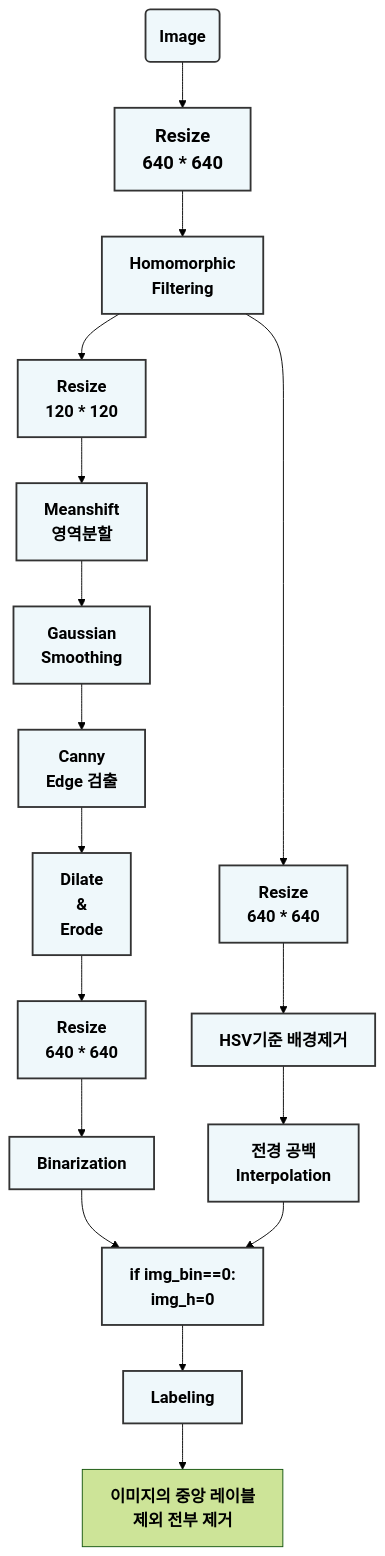
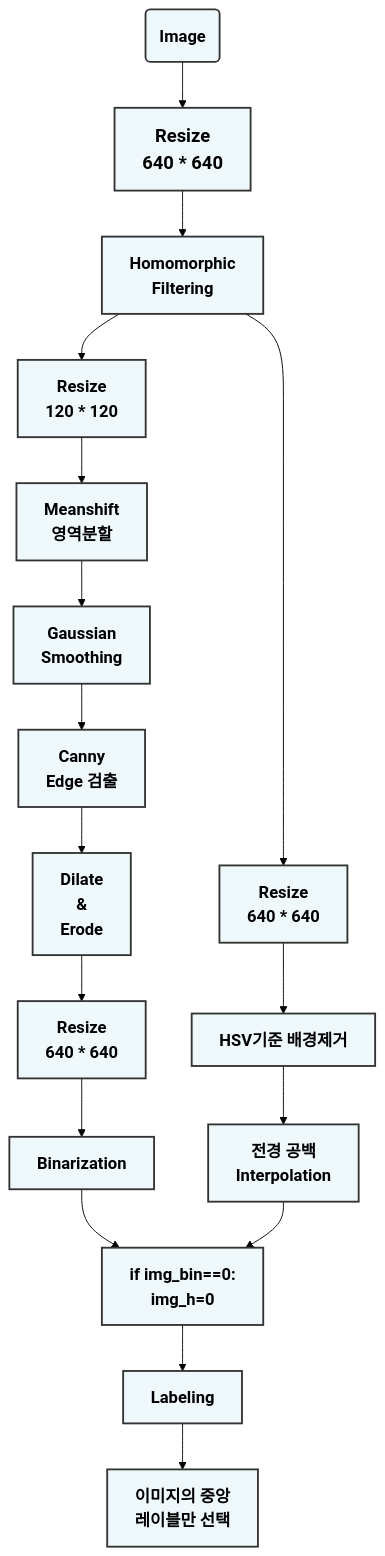
Before and after one commit to 201710808/-p: the second of 2 diagrams in Readme.md, drawn with Mermaid (forest theme).

````diff
--- a/Readme.md
+++ b/Readme.md
@@ -13,40 +13,41 @@
 ```mermaid
 graph
 A(<b><span style='font-size:18px'>Image</span></b>)-->B[<b><span style='font-size:20px'>Resize<br>640 * 640</span></b>]
 B-->C[<b><span style='font-size:18px'>Homomorphic<br>Filtering</span></b>]
 C-->D1[<b><span style='font-size:18px'>Resize<br>120 * 120</span></b>]
 D1-->E1[<b><span style='font-size:18px'>Meanshift<br>영역분할</span></b>]
 E1-->F1[<b><span style='font-size:18px'>Gaussian<br>Smoothing</span></b>]
 F1-->G[<b><span style='font-size:18px'>Canny<br>Edge 검출</span></b>]
 G-->H[<b><span style='font-size:18px'>Dilate<br>&<br>Erode</span></b>]
 H-->I[<b><span style='font-size:18px'>Resize<br>640 * 640</span></b>]
 I-->J[<b><span style='font-size:18px'>Binarization</span></b>]
 
 C-->D2[<b><span style='font-size:18px'>Resize<br>640 * 640</span></b>]
 D2-->E2[<b><span style='font-size:18px'>HSV기준 배경제거</span></b>]
 E2-->F2[<b><span style='font-size:18px'>전경 공백<br>Interpolation</span></b>]
 
 J-->K
 F2-->K[<b><span style='font-size:18px'>if img_bin==0:<br>img_h=0</span></b>]
 K-->L[<b><span style='font-size:18px'>Labeling</span></b>]
-L-->M[<b><span style='font-size:18px'>이미지의 중앙 레이블<br>제외 전부 제거</span></b>]
+L-->M[<b><span style='font-size:18px'>이미지의 중앙<br>레이블만 선택</span></b>]
 
 
 style A fill:#EFF8FB ,stroke:#333,stroke-width:2px
 style B fill:#EFF8FB ,stroke:#333,stroke-width:2px
 style C fill:#EFF8FB ,stroke:#333,stroke-width:2px
 style D1 fill:#EFF8FB ,stroke:#333,stroke-width:2px
 style E1 fill:#EFF8FB ,stroke:#333,stroke-width:2px
 style F1 fill:#EFF8FB ,stroke:#333,stroke-width:2px
 style G fill:#EFF8FB ,stroke:#333,stroke-width:2px
 style H fill:#EFF8FB ,stroke:#333,stroke-width:2px
 style I fill:#EFF8FB ,stroke:#333,stroke-width:2px
 style J fill:#EFF8FB ,stroke:#333,stroke-width:2px
 
 style D2 fill:#EFF8FB ,stroke:#333,stroke-width:2px
 style E2 fill:#EFF8FB ,stroke:#333,stroke-width:2px
 style F2 fill:#EFF8FB ,stroke:#333,stroke-width:2px
 
 style K fill:#EFF8FB ,stroke:#333,stroke-width:2px
 style L fill:#EFF8FB ,stroke:#333,stroke-width:2px
+style M fill:#EFF8FB ,stroke:#333,stroke-width:2px
 ```
````
